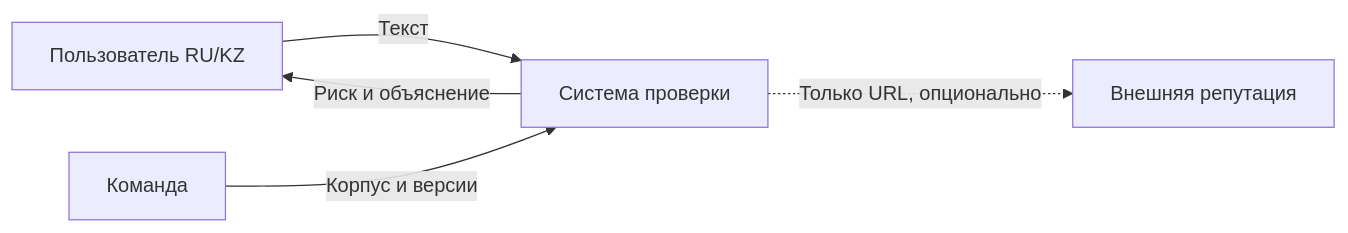
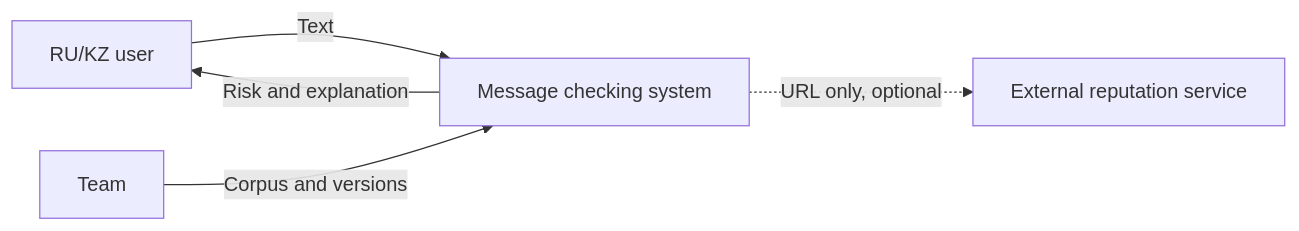
Before and after one commit to Kendebaev/FraudShield: the diagram in diagrams/context.mmd, drawn with Mermaid. The commit also changed 19 other files, not shown here.

```diff
--- a/diagrams/context.mmd
+++ b/diagrams/context.mmd
@@ -1,5 +1,5 @@
 flowchart LR
- U[Пользователь RU/KZ] -->|Текст| S[Система проверки]
- S -->|Риск и объяснение| U
- T[Команда] -->|Корпус и версии| S
- S -.->|Только URL, опционально| R[Внешняя репутация]
+ U[RU/KZ user] -->|Text| S[Message checking system]
+ S -->|Risk and explanation| U
+ T[Team] -->|Corpus and versions| S
+ S -.->|URL only, optional| R[External reputation service]
```
